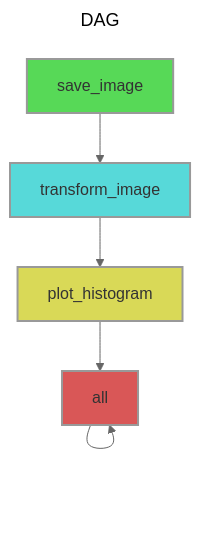
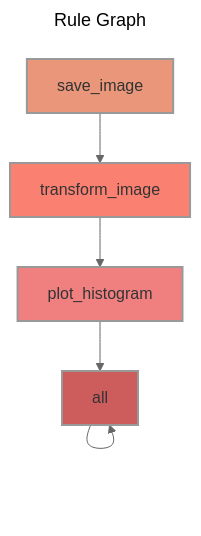
One commit to lucas-diedrich/snakemake-learning changed the diagram in README.md. Above: the diagram before and after it, drawn with Mermaid (neutral theme). The commit also changed other lines of this file, not shown here.

````diff
--- a/README.md
+++ b/README.md
@@ -69,18 +69,18 @@
 ```mermaid 
 ---
-title: DAG
+title: Rule Graph
 ---
 flowchart TB
         id0[all]
         id1[plot_histogram]
         id2[transform_image]
         id3[save_image]
-        style id0 fill:#D95757,stroke-width:2px,color:#333333
-        style id1 fill:#D9D957,stroke-width:2px,color:#333333
-        style id2 fill:#57D9D9,stroke-width:2px,color:#333333
-        style id3 fill:#57D957,stroke-width:2px,color:#333333
+        style id0 fill:#CD5C5C,stroke-width:2px,color:#333333
+        style id1 fill:#F08080,stroke-width:2px,color:#333333
+        style id2 fill:#FA8072,stroke-width:2px,color:#333333
+        style id3 fill:#E9967A,stroke-width:2px,color:#333333
         id0 --> id0
         id1 --> id0
         id2 --> id1
         id3 --> id2
 ```
````
